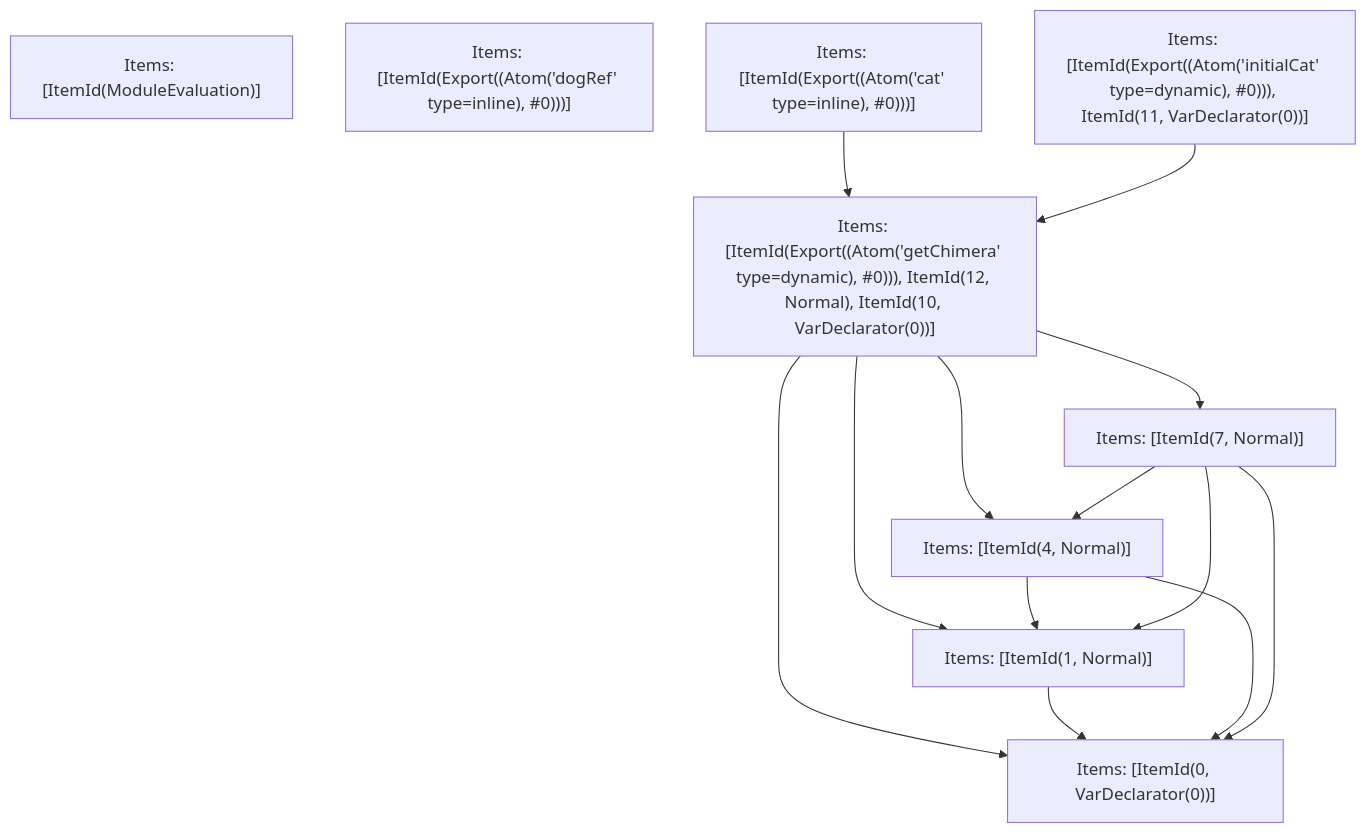
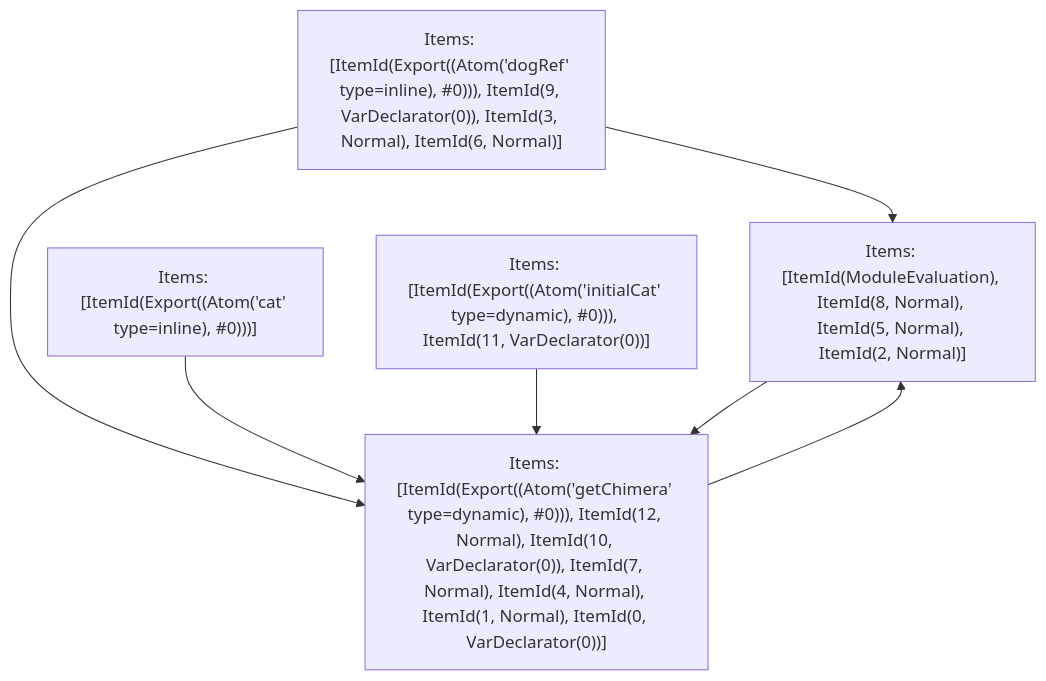
Before and after one commit to vercel/turborepo: the fifth of 5 diagrams in crates/turbopack-ecmascript/tests/tree-shaker/analyzer/complex/output.md, drawn with Mermaid. The commit also changed other lines of this file and 2 other files, not shown here.

````diff
--- a/crates/turbopack-ecmascript/tests/tree-shaker/analyzer/complex/output.md
+++ b/crates/turbopack-ecmascript/tests/tree-shaker/analyzer/complex/output.md
@@ -373,24 +373,14 @@
 ```mermaid
 graph TD
-    N0["Items: [ItemId(ModuleEvaluation)]"];
-    N1["Items: [ItemId(Export((Atom('dogRef' type=inline), #0)))]"];
+    N0["Items: [ItemId(ModuleEvaluation), ItemId(8, Normal), ItemId(5, Normal), ItemId(2, Normal)]"];
+    N1["Items: [ItemId(Export((Atom('dogRef' type=inline), #0))), ItemId(9, VarDeclarator(0)), ItemId(3, Normal), ItemId(6, Normal)]"];
     N2["Items: [ItemId(Export((Atom('cat' type=inline), #0)))]"];
     N3["Items: [ItemId(Export((Atom('initialCat' type=dynamic), #0))), ItemId(11, VarDeclarator(0))]"];
-    N4["Items: [ItemId(Export((Atom('getChimera' type=dynamic), #0))), ItemId(12, Normal), ItemId(10, VarDeclarator(0))]"];
-    N5["Items: [ItemId(0, VarDeclarator(0))]"];
-    N6["Items: [ItemId(1, Normal)]"];
-    N7["Items: [ItemId(4, Normal)]"];
-    N8["Items: [ItemId(7, Normal)]"];
+    N4["Items: [ItemId(Export((Atom('getChimera' type=dynamic), #0))), ItemId(12, Normal), ItemId(10, VarDeclarator(0)), ItemId(7, Normal), ItemId(4, Normal), ItemId(1, Normal), ItemId(0, VarDeclarator(0))]"];
+    N0 --> N4;
+    N1 --> N4;
+    N1 --> N0;
     N2 --> N4;
     N3 --> N4;
-    N4 --> N5;
-    N4 --> N6;
-    N4 --> N7;
-    N4 --> N8;
-    N6 --> N5;
-    N7 --> N5;
-    N7 --> N6;
-    N8 --> N5;
-    N8 --> N6;
-    N8 --> N7;
+    N4 --> N0;
 ```
````
